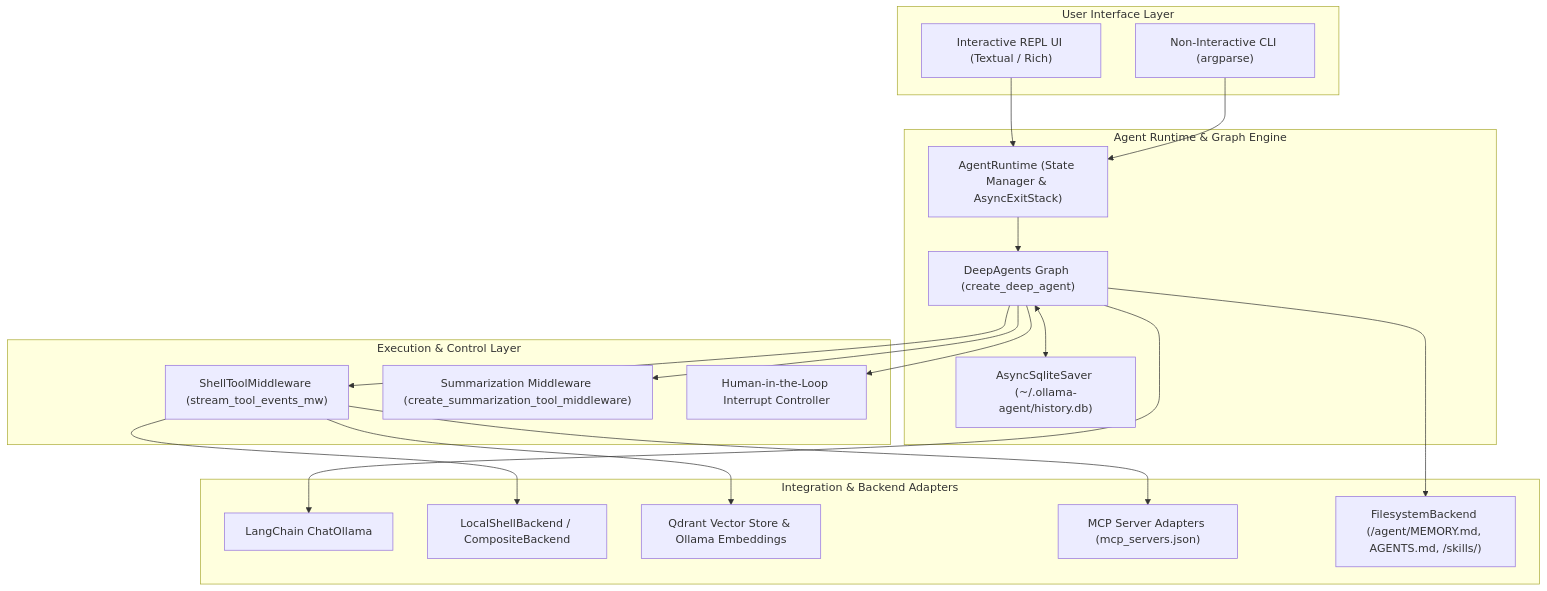
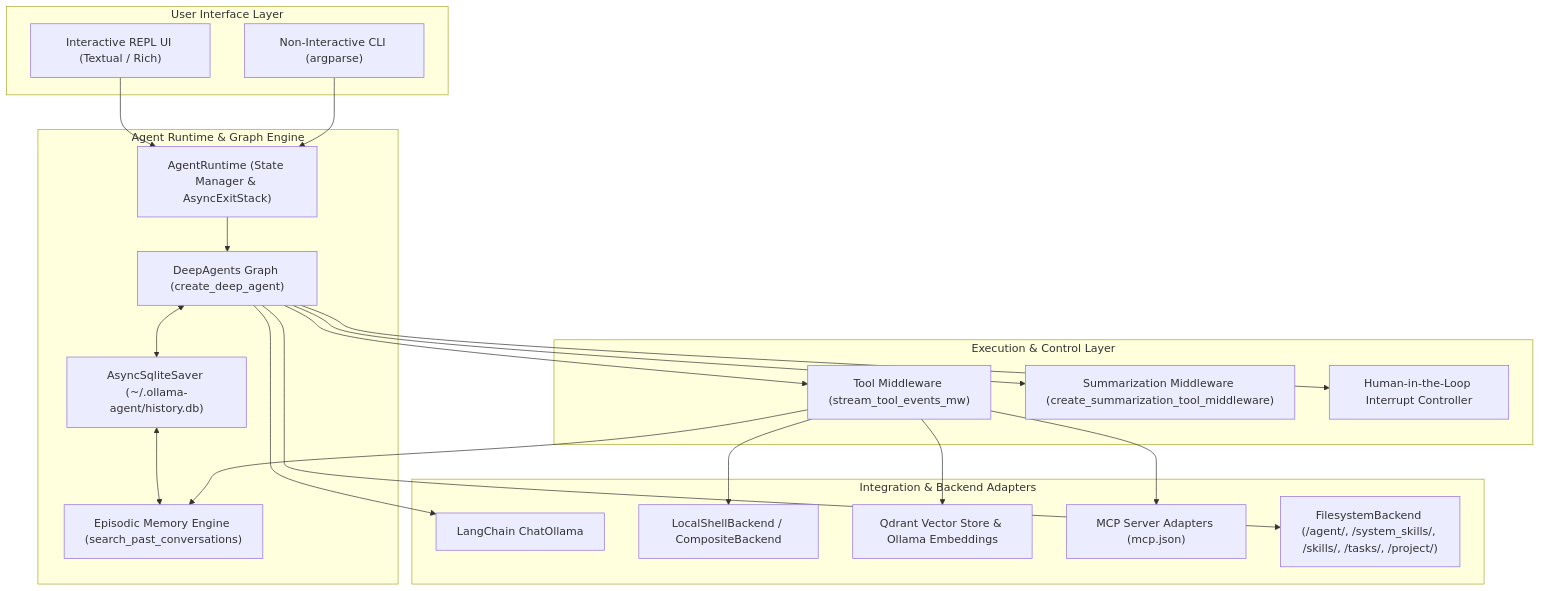
One commit to arrase/ollama-agent changed the first of 8 diagrams in docs/architecture.md. Above: the diagram before and after it, drawn with Mermaid. The commit also changed other lines of this file and 8 other files, not shown here.

````diff
--- a/docs/architecture.md
+++ b/docs/architecture.md
@@ -11,40 +11,43 @@
 ```mermaid
 flowchart TD
     subgraph UI ["User Interface Layer"]
         REPL["Interactive REPL UI (Textual / Rich)"]
         CLI["Non-Interactive CLI (argparse)"]
     end
 
     subgraph Core ["Agent Runtime & Graph Engine"]
         Runtime["AgentRuntime (State Manager & AsyncExitStack)"]
         Graph["DeepAgents Graph (create_deep_agent)"]
         Checkpointer["AsyncSqliteSaver (~/.ollama-agent/history.db)"]
+        EpisodicMemory["Episodic Memory Engine (search_past_conversations)"]
     end
 
     subgraph Middleware ["Execution & Control Layer"]
-        ToolMW["ShellToolMiddleware (stream_tool_events_mw)"]
+        ToolMW["Tool Middleware (stream_tool_events_mw)"]
         SummarizerMW["Summarization Middleware (create_summarization_tool_middleware)"]
         HITL["Human-in-the-Loop Interrupt Controller"]
     end
 
     subgraph Adapters ["Integration & Backend Adapters"]
         OllamaLLM["LangChain ChatOllama"]
         ShellBackend["LocalShellBackend / CompositeBackend"]
         RAGEngine["Qdrant Vector Store & Ollama Embeddings"]
-        MCPAdapter["MCP Server Adapters (mcp_servers.json)"]
-        MemoryStore["FilesystemBackend (/agent/MEMORY.md, AGENTS.md, /skills/)"]
+        MCPAdapter["MCP Server Adapters (mcp.json)"]
+        MemoryStore["FilesystemBackend (/agent/, /system_skills/, /skills/, /tasks/, /project/)"]
     end
 
     REPL --> Runtime
     CLI --> Runtime
     Runtime --> Graph
     Graph <--> Checkpointer
+    Checkpointer <--> EpisodicMemory
     Graph --> ToolMW
     Graph --> SummarizerMW
     Graph --> HITL
     ToolMW --> ShellBackend
     ToolMW --> MCPAdapter
     ToolMW --> RAGEngine
+    ToolMW --> EpisodicMemory
     Graph --> OllamaLLM
     Graph --> MemoryStore
 ```
````
